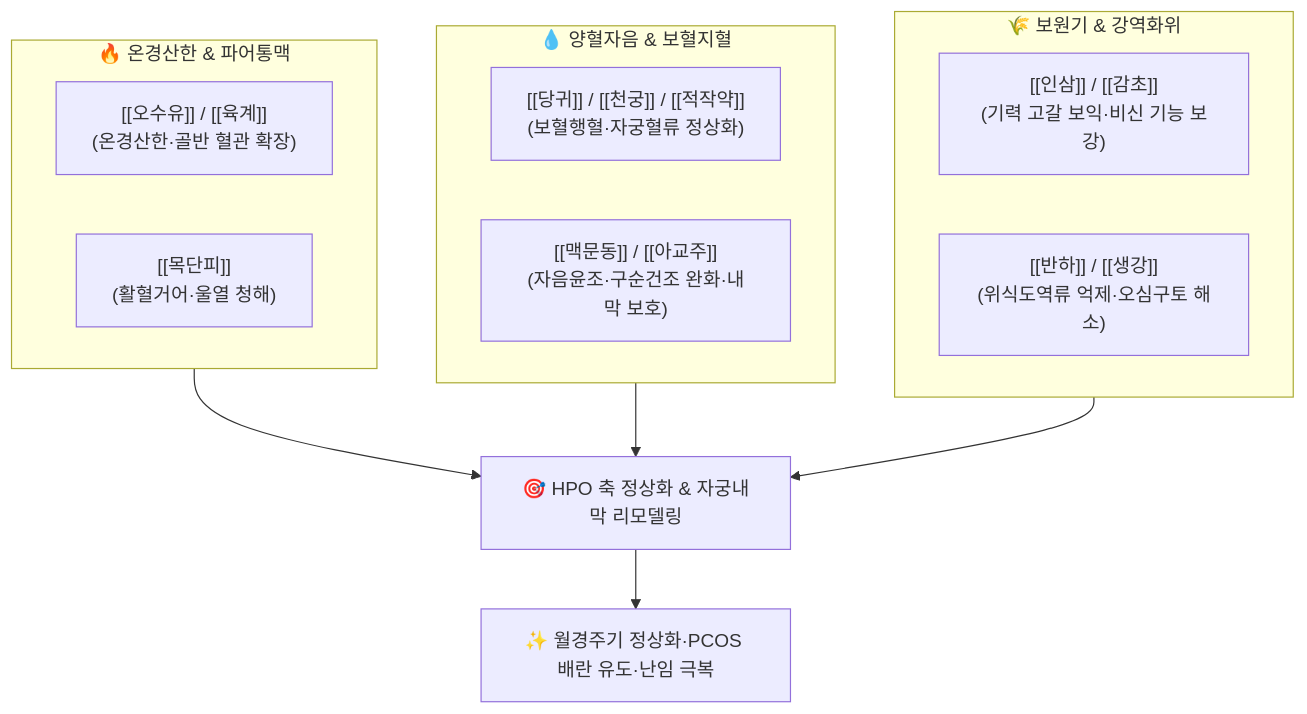
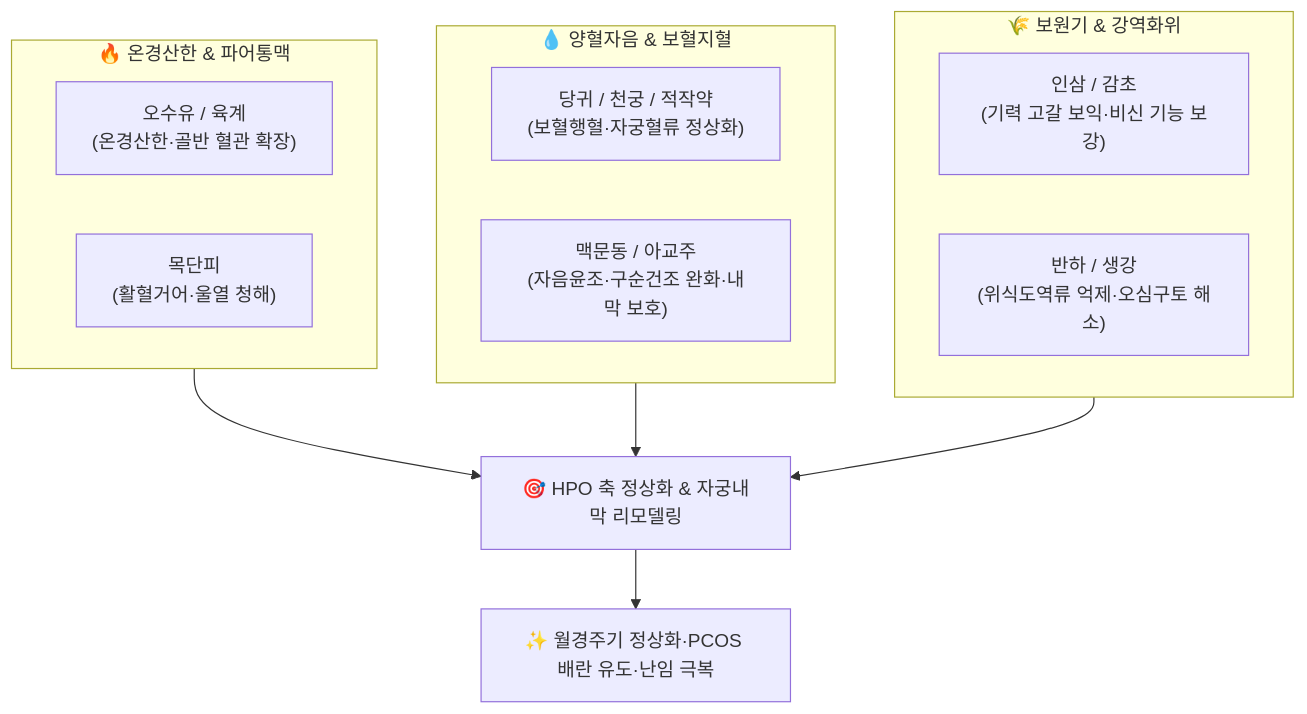
The diagram in content/2. 약리 공부/처방/05_활혈거어·지혈제/온경탕.md (simbio11/simbio-digital-garden2), drawn with Mermaid before and after one commit. The commit also changed other lines of this file and 105 other files, not shown here.

````diff
--- a/content/2. 약리 공부/처방/05_활혈거어·지혈제/온경탕.md
+++ b/content/2. 약리 공부/처방/05_활혈거어·지혈제/온경탕.md
@@ -73,22 +74,22 @@
 ```mermaid
 graph TD
     subgraph Warm["🔥 온경산한 & 파어통맥"]
-        W1["[[오수유]] / [[육계]]<br>(온경산한·골반 혈관 확장)"]
-        W2["[[목단피]]<br>(활혈거어·울열 청해)"]
+        W1["오수유 / 육계<br>(온경산한·골반 혈관 확장)"]
+        W2["목단피<br>(활혈거어·울열 청해)"]
     end
 
     subgraph Nourish["💧 양혈자음 & 보혈지혈"]
-        N1["[[당귀]] / [[천궁]] / [[적작약]]<br>(보혈행혈·자궁혈류 정상화)"]
-        N2["[[맥문동]] / [[아교주]]<br>(자음윤조·구순건조 완화·내막 보호)"]
+        N1["당귀 / 천궁 / 적작약<br>(보혈행혈·자궁혈류 정상화)"]
+        N2["맥문동 / 아교주<br>(자음윤조·구순건조 완화·내막 보호)"]
     end
 
     subgraph Spleen["🌾 보원기 & 강역화위"]
-        S1["[[인삼]] / [[감초]]<br>(기력 고갈 보익·비신 기능 보강)"]
-        S2["[[반하]] / [[생강]]<br>(위식도역류 억제·오심구토 해소)"]
+        S1["인삼 / 감초<br>(기력 고갈 보익·비신 기능 보강)"]
+        S2["반하 / 생강<br>(위식도역류 억제·오심구토 해소)"]
     end
 
     Warm --> Target["🎯 HPO 축 정상화 & 자궁내막 리모델링"]
     Nourish --> Target
     Spleen --> Target
     Target --> Outcome["✨ 월경주기 정상화·PCOS 배란 유도·난임 극복"]
 ```
````
